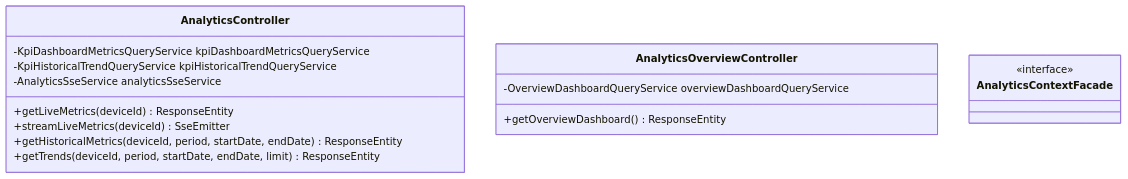
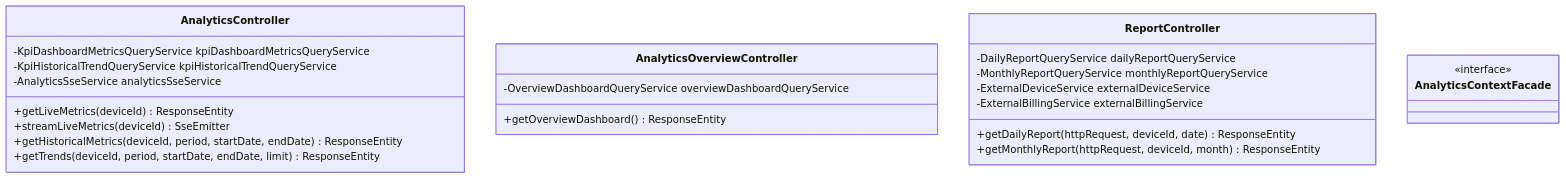
The second of 5 diagrams in docs/class-diagrams/analytics-bc.md (Vanana-Desarrollo-de-Soluciones-IOT/clair-core), drawn with Mermaid before and after one commit. The commit also changed other lines of this file and 2 other files, not shown here.

Commit message:
feat: add reports diagrams class and stories

````diff
--- a/docs/class-diagrams/analytics-bc.md
+++ b/docs/class-diagrams/analytics-bc.md
@@ -215,19 +354,27 @@
 ```mermaid
 classDiagram
 class AnalyticsController {
     -KpiDashboardMetricsQueryService kpiDashboardMetricsQueryService
     -KpiHistoricalTrendQueryService kpiHistoricalTrendQueryService
     -AnalyticsSseService analyticsSseService
     +getLiveMetrics(deviceId) ResponseEntity
     +streamLiveMetrics(deviceId) SseEmitter
     +getHistoricalMetrics(deviceId, period, startDate, endDate) ResponseEntity
     +getTrends(deviceId, period, startDate, endDate, limit) ResponseEntity
 }
 class AnalyticsOverviewController {
     -OverviewDashboardQueryService overviewDashboardQueryService
     +getOverviewDashboard() ResponseEntity
 }
+class ReportController {
+    -DailyReportQueryService dailyReportQueryService
+    -MonthlyReportQueryService monthlyReportQueryService
+    -ExternalDeviceService externalDeviceService
+    -ExternalBillingService externalBillingService
+    +getDailyReport(httpRequest, deviceId, date) ResponseEntity
+    +getMonthlyReport(httpRequest, deviceId, month) ResponseEntity
+}
 class AnalyticsContextFacade {
     <<interface>>
 }
 ```
````
